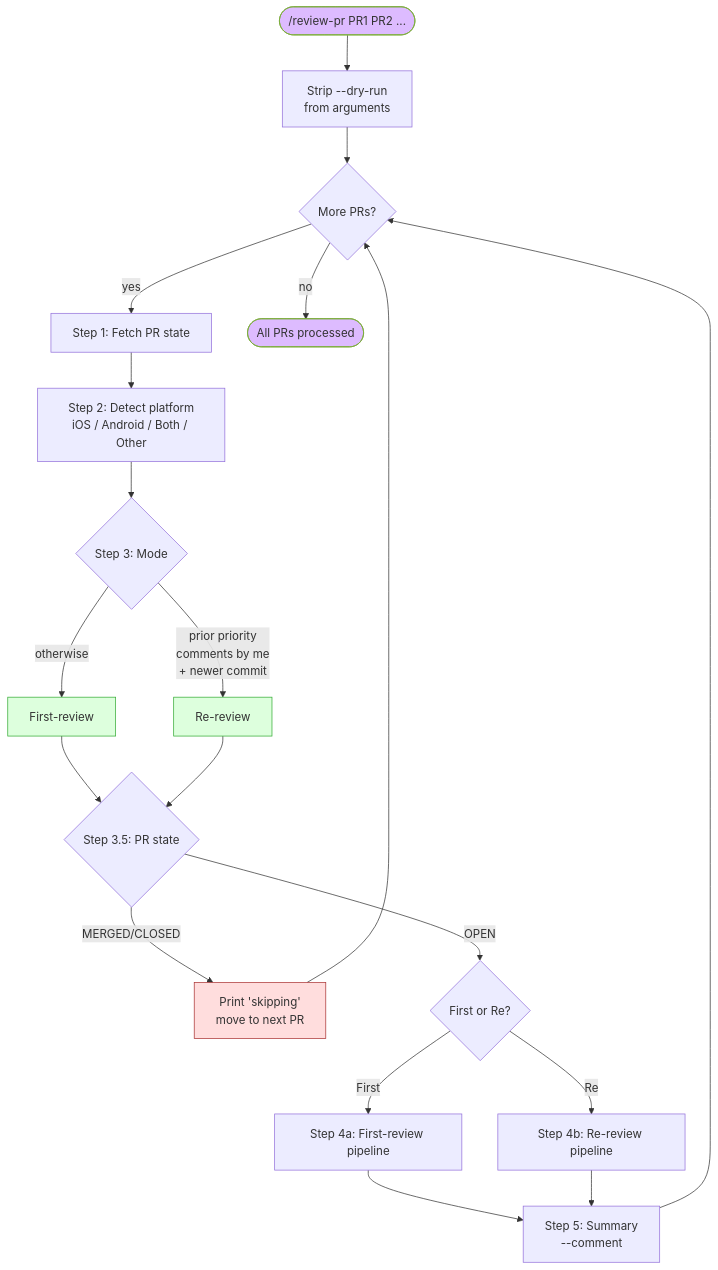
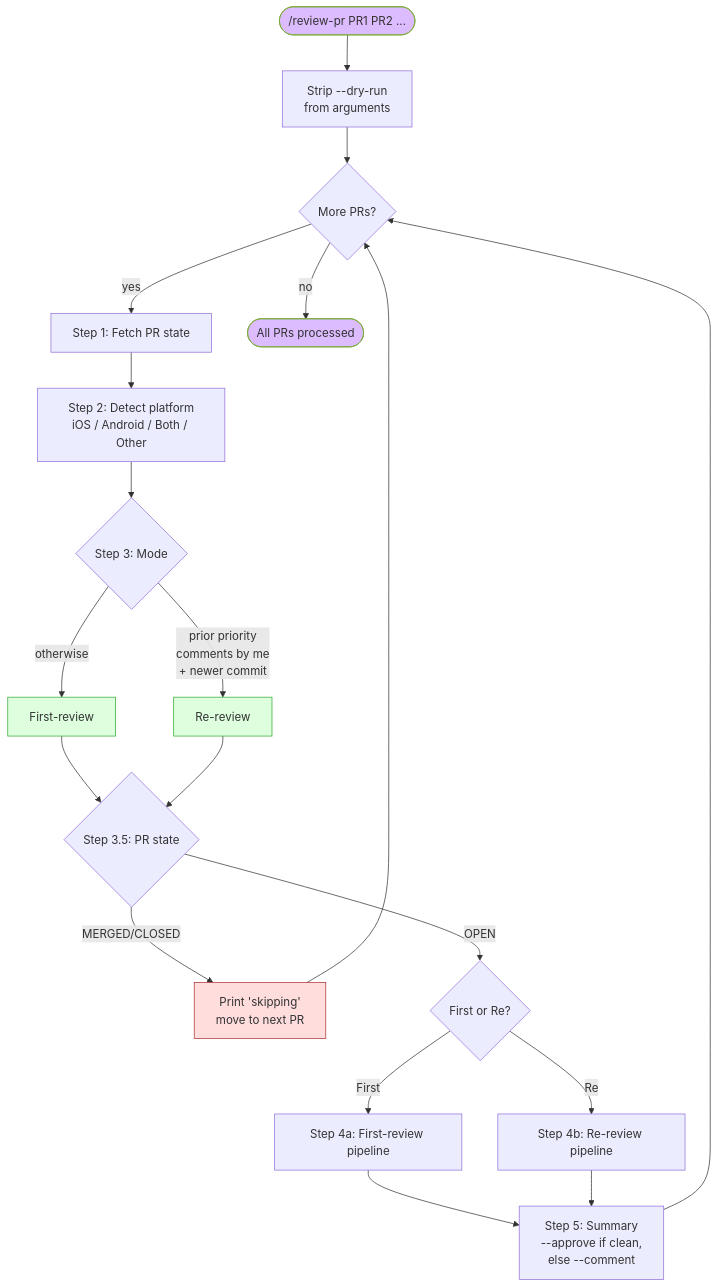
Before and after one commit to pkesavangg/pr-review-skills: the second of 15 diagrams in HOW-IT-WORKS.md, drawn with Mermaid. The commit also changed other lines of this file and 2 other files, not shown here.

First line of the commit message:
Auto-approve genuinely clean PRs in /review-pr

````diff
--- a/HOW-IT-WORKS.md
+++ b/HOW-IT-WORKS.md
@@ -57,32 +57,32 @@
 ```mermaid
 flowchart TD
     Start([/review-pr PR1 PR2 ...]) --> ParseFlags[Strip --dry-run<br/>from arguments]
     ParseFlags --> NextPR{More PRs?}
     NextPR -- yes --> S1[Step 1: Fetch PR state]
     NextPR -- no --> Done([All PRs processed])
 
     S1 --> S2[Step 2: Detect platform<br/>iOS / Android / Both / Other]
     S2 --> S3{Step 3: Mode}
     S3 -- prior priority<br/>comments by me<br/>+ newer commit --> ModeRR[Re-review]
     S3 -- otherwise --> ModeFR[First-review]
 
     ModeFR --> S35{Step 3.5: PR state}
     ModeRR --> S35
     S35 -- MERGED/CLOSED --> Skip[Print 'skipping'<br/>move to next PR]
     S35 -- OPEN --> Branch{First or Re?}
 
     Branch -- First --> S4a[Step 4a: First-review pipeline]
     Branch -- Re --> S4b[Step 4b: Re-review pipeline]
 
-    S4a --> S5[Step 5: Summary<br/>--comment]
+    S4a --> S5[Step 5: Summary<br/>--approve if clean,<br/>else --comment]
     S4b --> S5
     S5 --> NextPR
 
     Skip --> NextPR
 
     style Start fill:#dbf,stroke:#7a3
     style Done fill:#dbf,stroke:#7a3
     style Skip fill:#fdd,stroke:#a33
     style ModeFR fill:#dfd,stroke:#3a3
     style ModeRR fill:#dfd,stroke:#3a3
 ```
````
